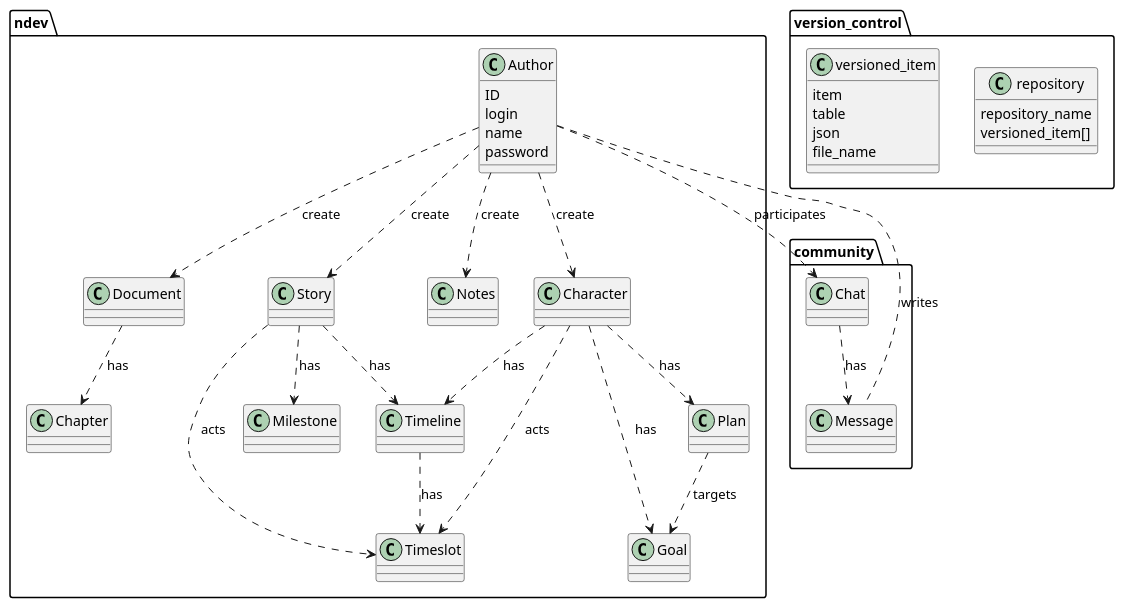
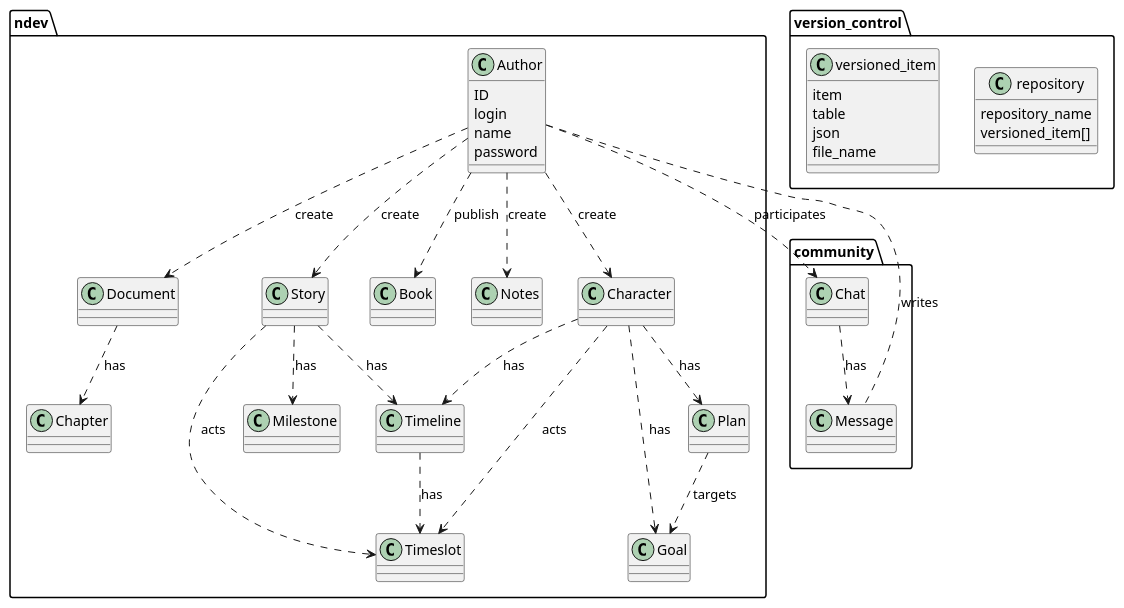
One commit to MopcSolutions/N-Develop changed the diagram in documentation/plantuml/data_objects.iuml. Above: the diagram before and after it, drawn with PlantUML. The commit also changed 6 other files, not shown here.

```diff
--- a/documentation/plantuml/data_objects.iuml
+++ b/documentation/plantuml/data_objects.iuml
@@ -1,55 +1,56 @@
 namespace ndev {
   class Author
   {
     ID
     login
     name
     password
   }
   class Notes
   class Timeline
   class Character
 
 
 Author ..> Document : create
 Author ..> Notes : create
 Author ..> Character : create
 Author ..> Story : create
 Character ..> Timeline : has
 Story ..> Timeline : has
 Timeline ..> Timeslot : has
 Character ..> Timeslot : acts
 Story ..> Timeslot : acts
 Character ..> Goal : has
 Character ..> Plan : has
 Plan ..> Goal : targets
 Story ..> Milestone : has
 Document ..> Chapter : has
+Author ..> Book : publish
 
 }
 
 namespace community {
   class Chat
   class Message
   
   
   Chat ..> Message : has
 }
 
 ndev.Author ..> community.Chat : participates
 ndev.Author .. community.Message : writes
 
 namespace version_control {
   class repository
   {
     repository_name
     versioned_item[]
   }
   class versioned_item
   {
     item
     table
     json
     file_name
   }
 }
```
